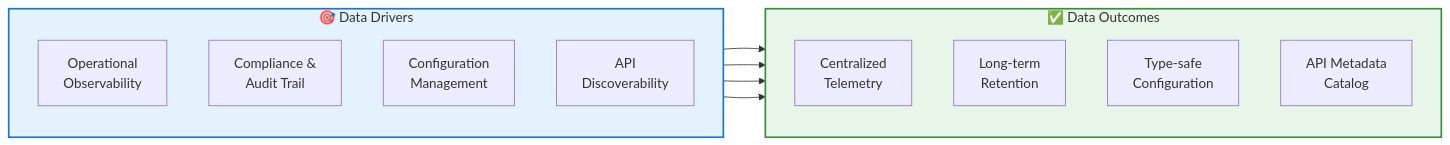
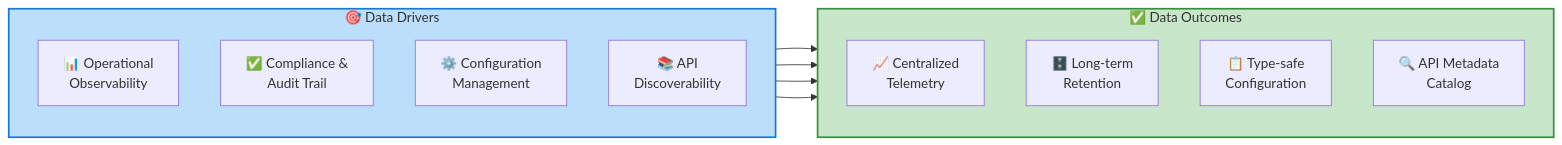
Before and after one commit to Evilazaro/APIM-Accelerator: the first of 10 diagrams in docs/architecture/Data_Architecture_Document.md, drawn with Mermaid. The commit also changed other lines of this file and 1 other file, not shown here.

Commit message:
Enhance Data Architecture Document with improved flowcharts and semantic icons for better clarity and visual appeal

````diff
--- a/docs/architecture/Data_Architecture_Document.md
+++ b/docs/architecture/Data_Architecture_Document.md
@@ -44,27 +44,30 @@
 ```mermaid
 %%{init: {"flowchart": {"htmlLabels": false}} }%%
+%% ============================================
+%% COLOR SCHEME: Semantic (drivers=blue, outcomes=green)
+%% ============================================
 flowchart LR
     subgraph drivers["🎯 Data Drivers"]
         direction TB
-        D1["Operational<br/>Observability"]
-        D2["Compliance &<br/>Audit Trail"]
-        D3["Configuration<br/>Management"]
-        D4["API<br/>Discoverability"]
+        D1["📊 Operational<br/>Observability"]
+        D2["✅ Compliance &<br/>Audit Trail"]
+        D3["⚙️ Configuration<br/>Management"]
+        D4["📚 API<br/>Discoverability"]
     end
 
     subgraph outcomes["✅ Data Outcomes"]
         direction TB
-        O1["Centralized<br/>Telemetry"]
-        O2["Long-term<br/>Retention"]
-        O3["Type-safe<br/>Configuration"]
-        O4["API Metadata<br/>Catalog"]
+        O1["📈 Centralized<br/>Telemetry"]
+        O2["🗄️ Long-term<br/>Retention"]
+        O3["📋 Type-safe<br/>Configuration"]
+        O4["🔍 API Metadata<br/>Catalog"]
     end
 
     D1 --> O1
     D2 --> O2
     D3 --> O3
     D4 --> O4
 
-    style drivers fill:#E3F2FD,stroke:#1976D2,stroke-width:2px
-    style outcomes fill:#E8F5E9,stroke:#388E3C,stroke-width:2px
+    style drivers fill:#BBDEFB,stroke:#1976D2,stroke-width:2px
+    style outcomes fill:#C8E6C9,stroke:#388E3C,stroke-width:2px
 ```
````
